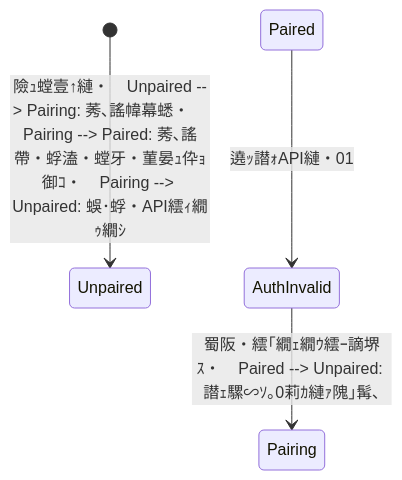
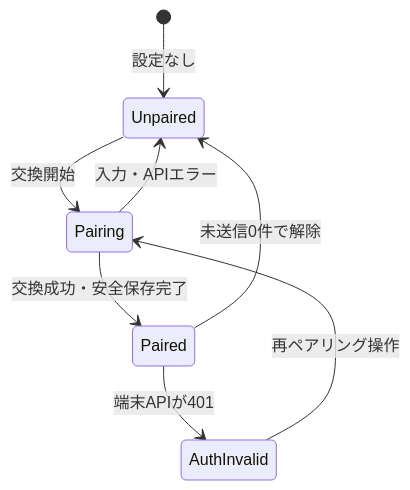
Before and after one commit to xsysjapan/flow-office-android-app: the second of 3 diagrams in docs/android-punch-reader-design.md, drawn with Mermaid. The commit also changed other lines of this file and 17 other files, not shown here.

````diff
--- a/docs/android-punch-reader-design.md
+++ b/docs/android-punch-reader-design.md
@@ -205,6 +239,10 @@
 ```mermaid
 stateDiagram-v2
-    [*] --> Unpaired: 險ｭ螳壹↑縺・    Unpaired --> Pairing: 莠､謠幃幕蟋・    Pairing --> Paired: 莠､謠帶・蜉溘・螳牙・菫晏ｭ伜ｮ御ｺ・    Pairing --> Unpaired: 蜈･蜉・API繧ｨ繝ｩ繝ｼ
-    Paired --> AuthInvalid: 遶ｯ譛ｫAPI縺・01
-    AuthInvalid --> Pairing: 蜀阪・繧｢繝ｪ繝ｳ繧ｰ謫堺ｽ・    Paired --> Unpaired: 譛ｪ騾∽ｿ｡0莉ｶ縺ｧ隗｣髯､
+    [*] --> Unpaired: 設定なし
+    Unpaired --> Pairing: 交換開始
+    Pairing --> Paired: 交換成功・安全保存完了
+    Pairing --> Unpaired: 入力・APIエラー
+    Paired --> AuthInvalid: 端末APIが401
+    AuthInvalid --> Pairing: 再ペアリング操作
+    Paired --> Unpaired: 未送信0件で解除
 ```
````
